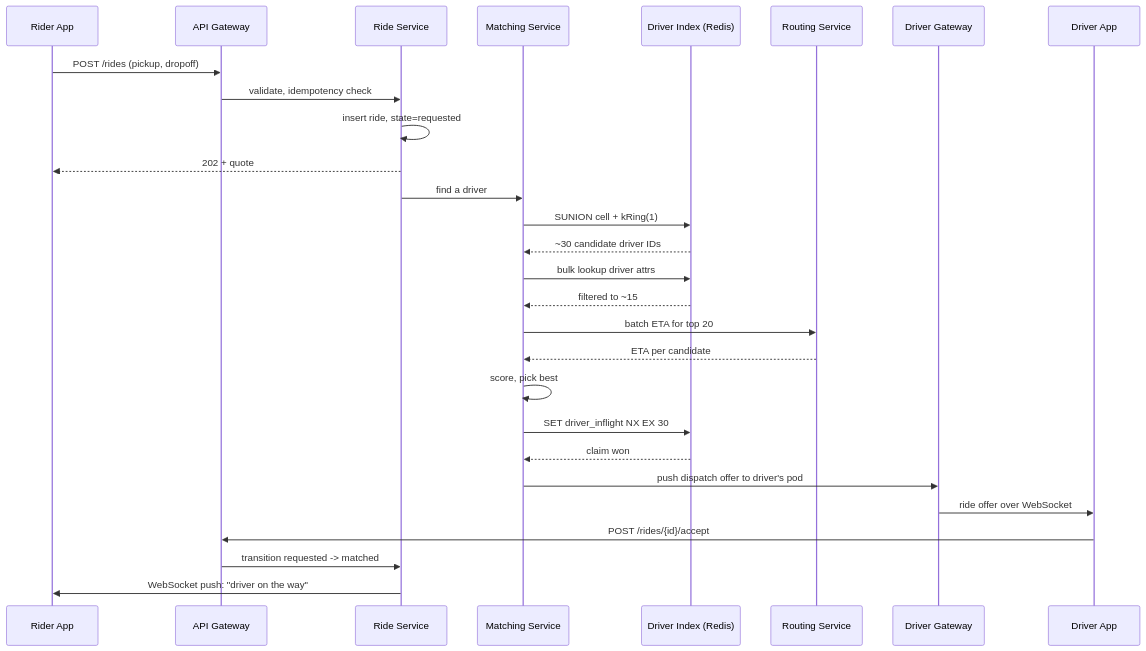
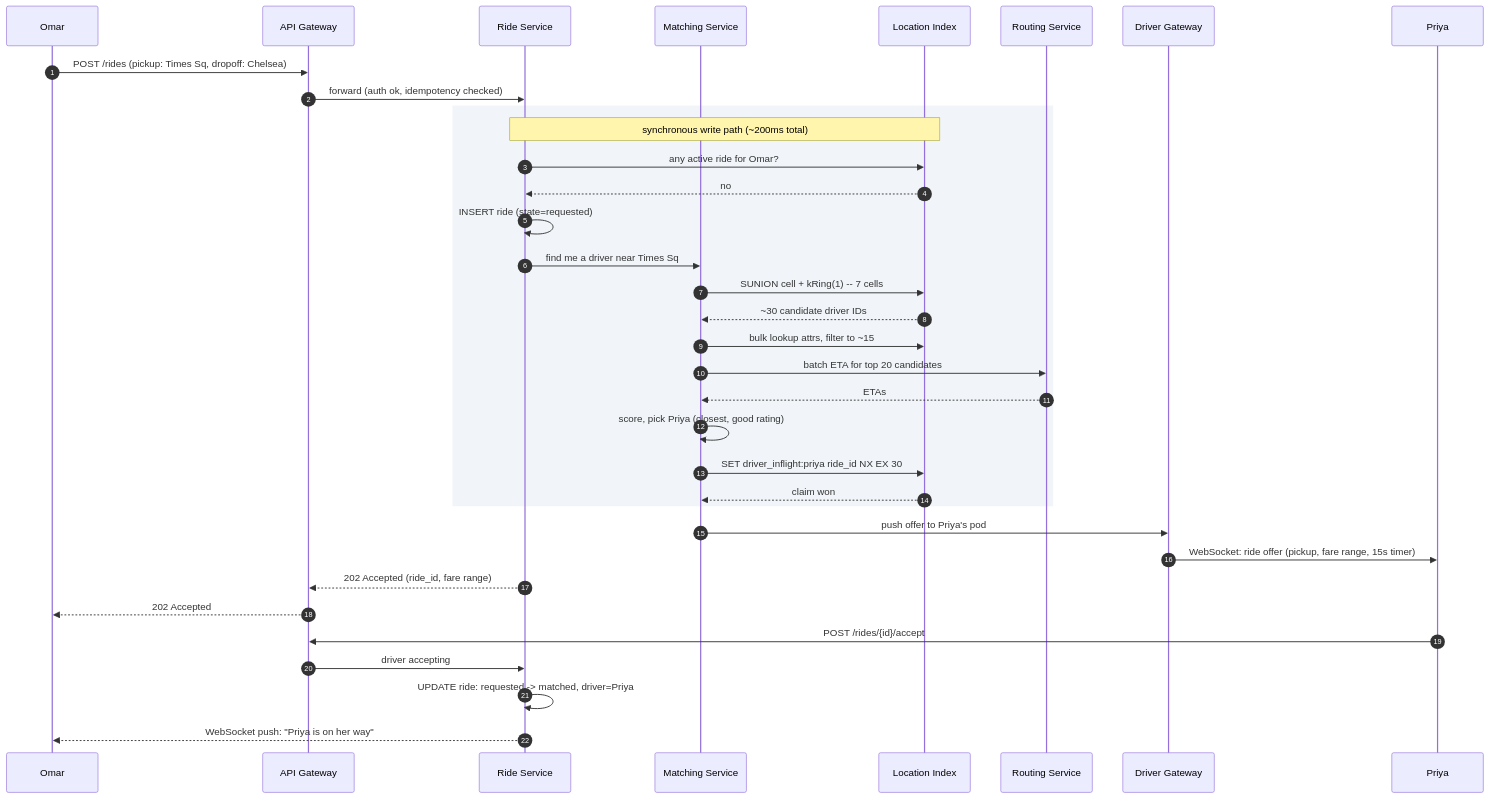
Before and after one commit to shiningflash/system-design: the ninth of 10 diagrams in problems/007-ride-sharing/question.md, drawn with Mermaid. The commit also changed other lines of this file and 38 other files, not shown here.

````diff
--- a/problems/007-ride-sharing/question.md
+++ b/problems/007-ride-sharing/question.md
@@ -446,31 +377,41 @@
 ```mermaid
 sequenceDiagram
-    participant R as Rider App
-    participant API as API Gateway
-    participant Ride as Ride Service
-    participant M as Matching Service
-    participant Redis as Driver Index (Redis)
+    autonumber
+    participant Omar
+    participant GW2 as API Gateway
+    participant RS as Ride Service
+    participant MS as Matching Service
+    participant Redis as Location Index
     participant Route as Routing Service
-    participant GW as Driver Gateway
-    participant D as Driver App
+    participant DGW as Driver Gateway
+    participant Priya
 
-    R->>API: POST /rides (pickup, dropoff)
-    API->>Ride: validate, idempotency check
-    Ride->>Ride: insert ride, state=requested
-    Ride-->>R: 202 + quote
-    Ride->>M: find a driver
-    M->>Redis: SUNION cell + kRing(1)
-    Redis-->>M: ~30 candidate driver IDs
-    M->>Redis: bulk lookup driver attrs
-    Redis-->>M: filtered to ~15
-    M->>Route: batch ETA for top 20
-    Route-->>M: ETA per candidate
-    M->>M: score, pick best
-    M->>Redis: SET driver_inflight NX EX 30
-    Redis-->>M: claim won
-    M->>GW: push dispatch offer to driver's pod
-    GW->>D: ride offer over WebSocket
-    D->>API: POST /rides/{id}/accept
-    API->>Ride: transition requested -> matched
-    Ride->>R: WebSocket push: "driver on the way"
+    Omar->>GW2: POST /rides (pickup: Times Sq, dropoff: Chelsea)
+    GW2->>RS: forward (auth ok, idempotency checked)
+
+    rect rgb(241, 245, 249)
+        Note over RS,Redis: synchronous write path (~200ms total)
+        RS->>Redis: any active ride for Omar?
+        Redis-->>RS: no
+        RS->>RS: INSERT ride (state=requested)
+        RS->>MS: find me a driver near Times Sq
+        MS->>Redis: SUNION cell + kRing(1) -- 7 cells
+        Redis-->>MS: ~30 candidate driver IDs
+        MS->>Redis: bulk lookup attrs, filter to ~15
+        MS->>Route: batch ETA for top 20 candidates
+        Route-->>MS: ETAs
+        MS->>MS: score, pick Priya (closest, good rating)
+        MS->>Redis: SET driver_inflight:priya ride_id NX EX 30
+        Redis-->>MS: claim won
+    end
+
+    MS->>DGW: push offer to Priya's pod
+    DGW->>Priya: WebSocket: ride offer (pickup, fare range, 15s timer)
+    RS-->>GW2: 202 Accepted (ride_id, fare range)
+    GW2-->>Omar: 202 Accepted
+
+    Priya->>GW2: POST /rides/{id}/accept
+    GW2->>RS: driver accepting
+    RS->>RS: UPDATE ride: requested -> matched, driver=Priya
+    RS-->>Omar: WebSocket push: "Priya is on her way"
 ```
````
